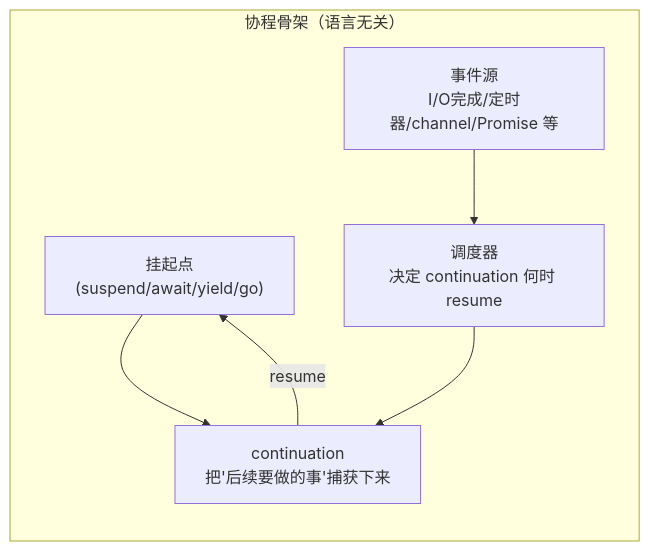
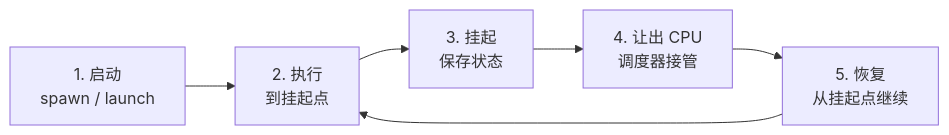
Before and after one commit to chongyang211/YCBookBlog: the sixth of 8 diagrams in 00.通用技术的提升/02.程序编程原理/03.第3卷并发之道/3.13.协程核心设计思想.md, drawn with Mermaid. The commit also changed other lines of this file and 45 other files, not shown here.

````diff
--- a/00.通用技术的提升/02.程序编程原理/03.第3卷并发之道/3.13.协程核心设计思想.md
+++ b/00.通用技术的提升/02.程序编程原理/03.第3卷并发之道/3.13.协程核心设计思想.md
@@ -727,13 +1120,8 @@
 ```mermaid
 flowchart LR
-    subgraph COR["协程骨架（语言无关）"]
-    A["挂起点<br/>(suspend/await/yield/go)"]
-    B["continuation<br/>把'后续要做的事'捕获下来"]
-    C["调度器<br/>决定 continuation 何时 resume"]
-    D["事件源<br/>I/O完成/定时器/channel/Promise 等"]
-    end
-    A --> B
-    D --> C
-    C --> B
-    B -->|resume| A
+    A[1. 启动<br/>spawn / launch] --> B[2. 执行<br/>到挂起点]
+    B --> C[3. 挂起<br/>保存状态]
+    C --> D[4. 让出 CPU<br/>调度器接管]
+    D --> E[5. 恢复<br/>从挂起点继续]
+    E --> B
 ```
````
